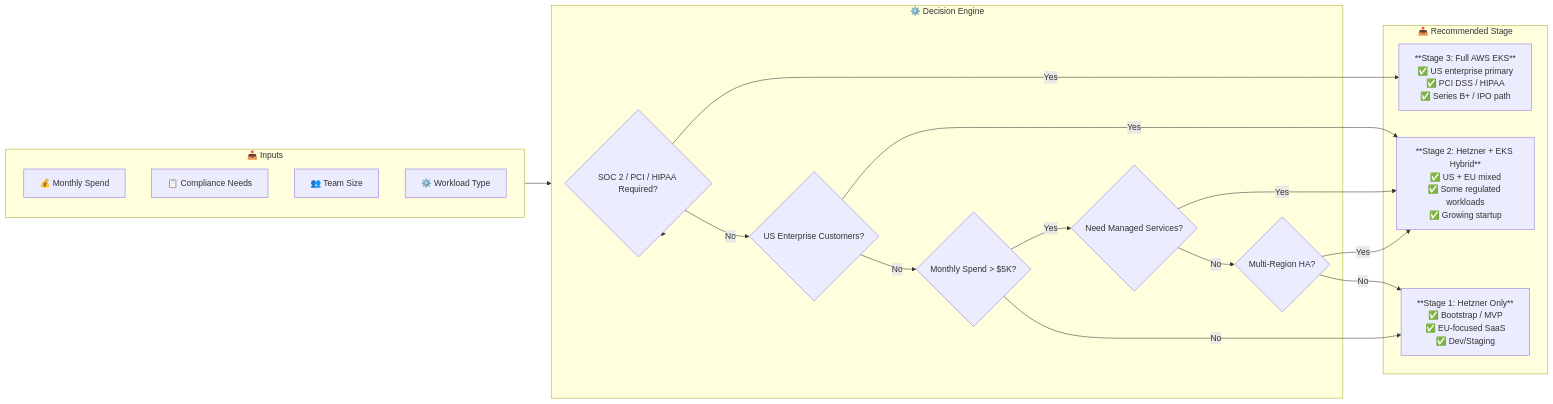
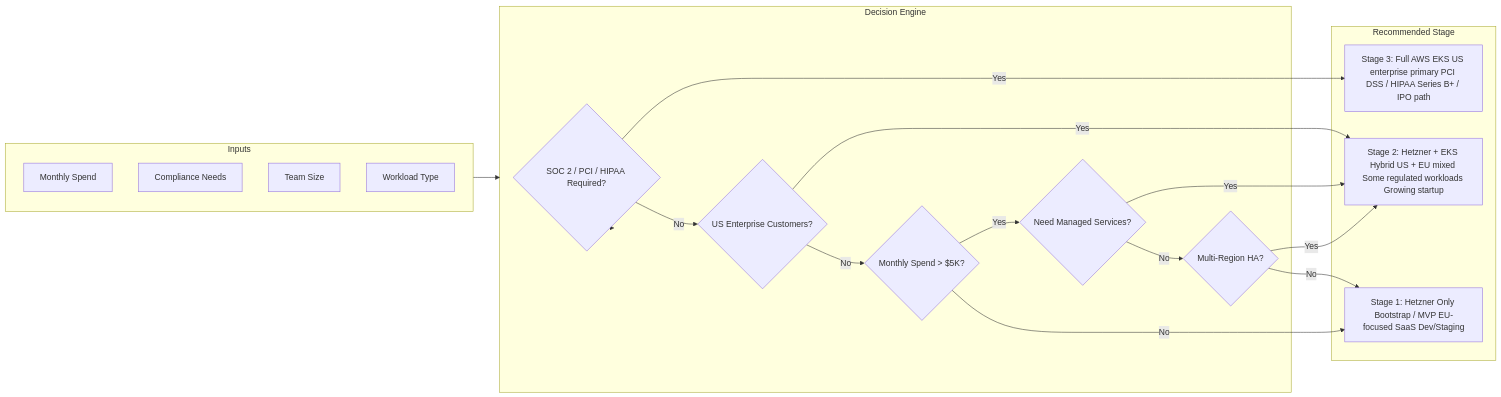
Before and after one commit to DurianLAB/hetzner-to-eks: the sixth of 10 diagrams in README.md, drawn with Mermaid. The commit also changed other lines of this file, not shown here.

First line of the commit message:
fix: correct Mermaid syntax for GitHub rendering

````diff
--- a/README.md
+++ b/README.md
@@ -467,36 +445,36 @@
 ```mermaid
 flowchart LR
-    subgraph INPUTS["📥 Inputs"]
-        COST["💰 Monthly Spend"]
-        COMPLIANCE["📋 Compliance Needs"]
-        TEAM["👥 Team Size"]
-        WORKLOADS["⚙️ Workload Type"]
+    subgraph INPUTS["Inputs"]
+        COST["Monthly Spend"]
+        COMPLIANCE["Compliance Needs"]
+        TEAM["Team Size"]
+        WORKLOADS["Workload Type"]
     end
 
-    subgraph PROCESS["⚙️ Decision Engine"]
-        CHECK1{"SOC 2 / PCI / HIPAA Required?"}
-        CHECK2{"US Enterprise Customers?"}
-        CHECK3{"Monthly Spend > $5K?"}
-        CHECK4{"Need Managed Services?"}
-        CHECK5{"Multi-Region HA?"}
+    subgraph PROCESS["Decision Engine"]
+        CHECK1{SOC 2 / PCI / HIPAA Required?}
+        CHECK2{US Enterprise Customers?}
+        CHECK3{Monthly Spend > $5K?}
+        CHECK4{Need Managed Services?}
+        CHECK5{Multi-Region HA?}
     end
 
-    subgraph OUTPUTS["📤 Recommended Stage"]
-        R1["**Stage 1: Hetzner Only**<br/>✅ Bootstrap / MVP<br/>✅ EU-focused SaaS<br/>✅ Dev/Staging"]
-        R2["**Stage 2: Hetzner + EKS Hybrid**<br/>✅ US + EU mixed<br/>✅ Some regulated workloads<br/>✅ Growing startup"]
-        R3["**Stage 3: Full AWS EKS**<br/>✅ US enterprise primary<br/>✅ PCI DSS / HIPAA<br/>✅ Series B+ / IPO path"]
+    subgraph OUTPUTS["Recommended Stage"]
+        R1["Stage 1: Hetzner Only Bootstrap / MVP EU-focused SaaS Dev/Staging"]
+        R2["Stage 2: Hetzner + EKS Hybrid US + EU mixed Some regulated workloads Growing startup"]
+        R3["Stage 3: Full AWS EKS US enterprise primary PCI DSS / HIPAA Series B+ / IPO path"]
     end
 
     INPUTS --> PROCESS
     PROCESS --> CHECK1
     CHECK1 -->|Yes| R3
     CHECK1 -->|No| CHECK2
     CHECK2 -->|Yes| R2
     CHECK2 -->|No| CHECK3
     CHECK3 -->|Yes| CHECK4
     CHECK3 -->|No| R1
     CHECK4 -->|Yes| R2
     CHECK4 -->|No| CHECK5
     CHECK5 -->|Yes| R2
     CHECK5 -->|No| R1
 ```
````
